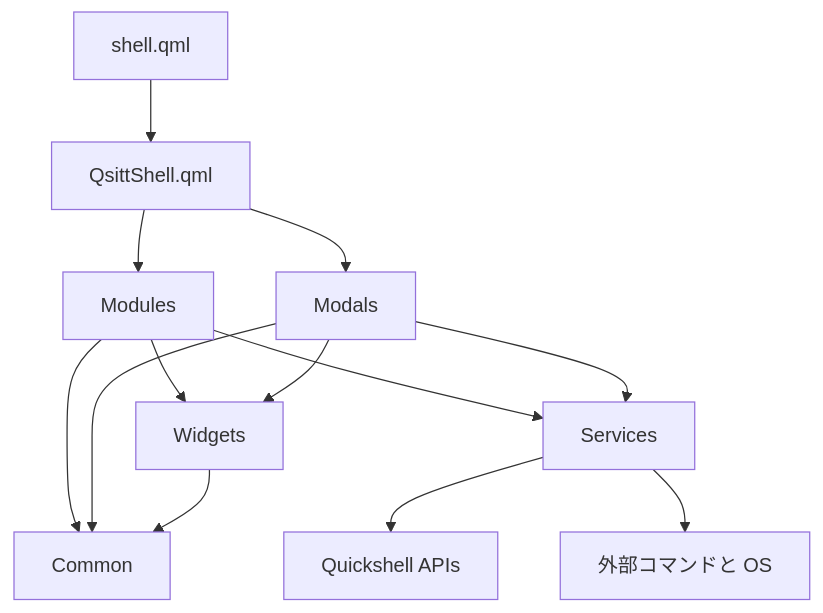
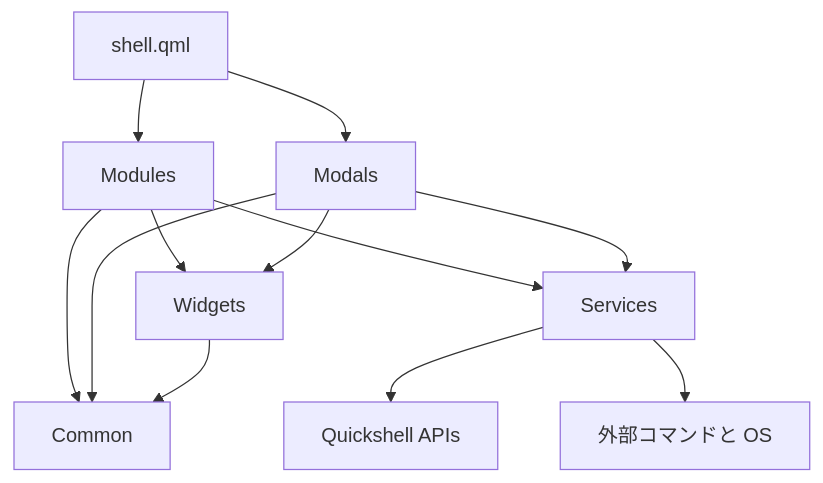
Before and after one commit to itt828/dots: the first of 4 diagrams in .config/quickshell/qsitt/docs/architecture.md, drawn with Mermaid. The commit also changed other lines of this file and 3 other files, not shown here.

````diff
--- a/.config/quickshell/qsitt/docs/architecture.md
+++ b/.config/quickshell/qsitt/docs/architecture.md
@@ -37,15 +36,14 @@
 ```mermaid
 flowchart TD
-    Entry[shell.qml] --> Composition[QsittShell.qml]
-    Composition --> Modules[Modules]
-    Composition --> Modals[Modals]
+    Entry[shell.qml] --> Modules[Modules]
+    Entry --> Modals[Modals]
     Modules --> Widgets[Widgets]
     Modals --> Widgets
     Modules --> Services[Services]
     Modals --> Services
     Modules --> Common[Common]
     Modals --> Common
     Widgets --> Common
     Services --> QS[Quickshell APIs]
     Services --> Processes[外部コマンドと OS]
 ```
````
